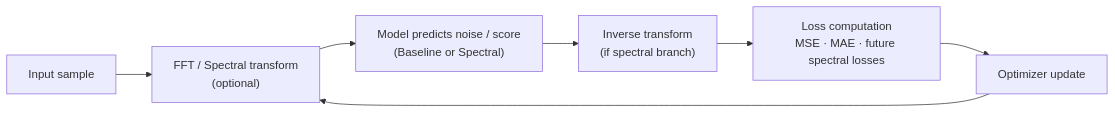
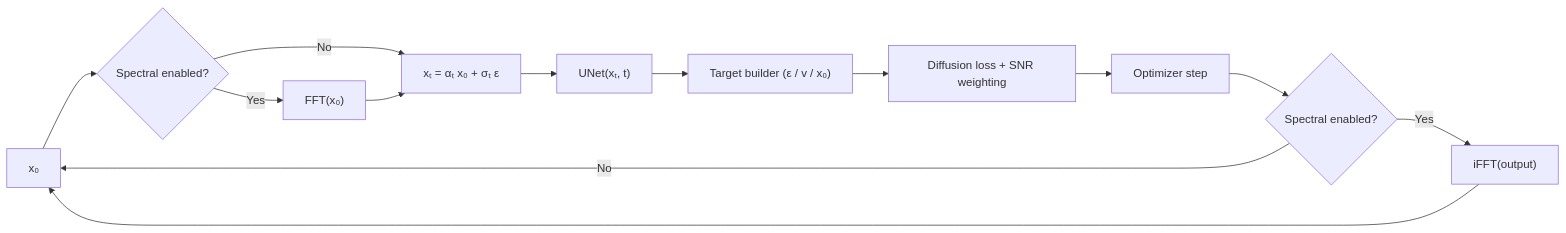
The first of 5 diagrams in README.md (benschneider/spectral-diffusion), drawn with Mermaid before and after one commit. The commit also changed other lines of this file and 3 other files, not shown here.

Commit message:
feat: Update README with enhanced overview, add key metrics, and refine experimental design; improve TODOs and model structure for diffusion training

````diff
--- a/README.md
+++ b/README.md
@@ -111,9 +109,13 @@
 ```mermaid
 flowchart LR
-    A["Input sample"] --> B["FFT / Spectral transform<br/>(optional)"]
-    B --> C["Model predicts noise / score<br/>(Baseline or Spectral)"]
-    C --> D["Inverse transform<br/>(if spectral branch)"]
-    D --> E["Loss computation<br/>MSE · MAE · future spectral losses"]
-    E --> F["Optimizer update"]
-    F --> B
+    A["x₀"] --> B{Spectral enabled?}
+    B -->|No| C["xₜ = αₜ x₀ + σₜ ε"]
+    B -->|Yes| B1["FFT(x₀)"] --> C
+    C --> D["UNet(xₜ, t)"]
+    D --> E["Target builder (ε / v / x₀)"]
+    E --> F["Diffusion loss + SNR weighting"]
+    F --> G["Optimizer step"]
+    G --> H{Spectral enabled?}
+    H -->|Yes| H1["iFFT(output)"] --> A
+    H -->|No| A
 ```
````
